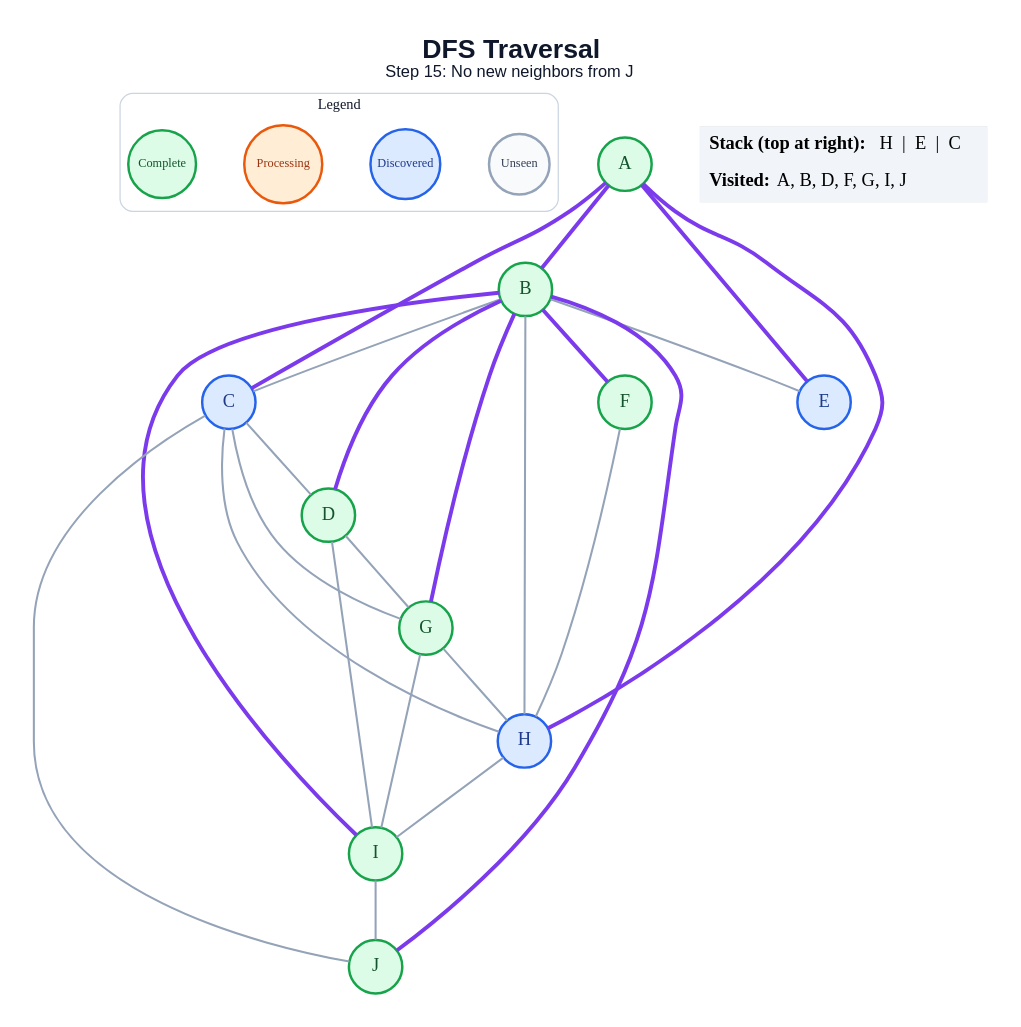
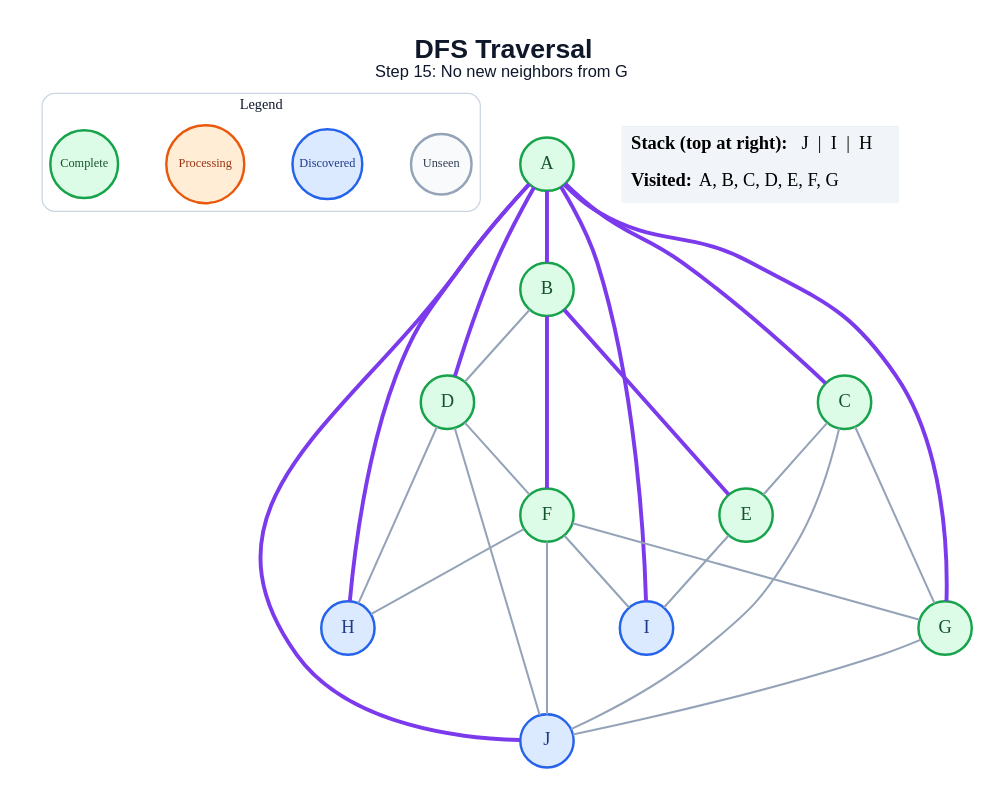
The diagram in generated/dfs/step_15.dot (amanghodawala9/ai-slop), drawn with Graphviz before and after one commit. The commit also changed 178 other files, not shown here.

```diff
--- a/generated/dfs/step_15.dot
+++ b/generated/dfs/step_15.dot
@@ -1,52 +1,51 @@
 graph traversal {
   graph [layout=dot, rankdir=TB, bgcolor="#FFFFFF", pad="0.35", nodesep="0.65", ranksep="0.8", fontname="Arial"];
   node [shape=circle, style="filled", fontname="Arial Bold", fontsize=18, width=0.72, fixedsize=true, penwidth=2.4];
   edge [color="#94A3B8", penwidth=2.0];
-  label=<<B>DFS Traversal</B><BR/><FONT POINT-SIZE="16">Step 15: No new neighbors from J</FONT>>; labelloc="t"; fontsize=26; fontname="Arial"; fontcolor="#0F172A";
+  label=<<B>DFS Traversal</B><BR/><FONT POINT-SIZE="16">Step 15: No new neighbors from G</FONT>>; labelloc="t"; fontsize=26; fontname="Arial"; fontcolor="#0F172A";
   subgraph cluster_legend { label="Legend"; color="#CBD5E1"; penwidth=1.2; style="rounded"; fontsize=14; fontname="Arial Bold";
     key_unseen [label="Unseen", fillcolor="#F8FAFC", color="#94A3B8", fontcolor="#334155", fontsize=12, width=0.82];
     key_frontier [label="Discovered", fillcolor="#DBEAFE", color="#2563EB", fontcolor="#1E3A8A", fontsize=12, width=0.95];
     key_current [label="Processing", fillcolor="#FFEDD5", color="#EA580C", fontcolor="#9A3412", fontsize=12, width=1.05];
     key_done [label="Complete", fillcolor="#DCFCE7", color="#16A34A", fontcolor="#14532D", fontsize=12, width=0.92];
     { rank=same; key_unseen; key_frontier; key_current; key_done; }
   }
   A [fillcolor="#DCFCE7", color="#16A34A", fontcolor="#14532D"];
   B [fillcolor="#DCFCE7", color="#16A34A", fontcolor="#14532D"];
-  C [fillcolor="#DBEAFE", color="#2563EB", fontcolor="#1E3A8A"];
+  C [fillcolor="#DCFCE7", color="#16A34A", fontcolor="#14532D"];
   D [fillcolor="#DCFCE7", color="#16A34A", fontcolor="#14532D"];
-  E [fillcolor="#DBEAFE", color="#2563EB", fontcolor="#1E3A8A"];
+  E [fillcolor="#DCFCE7", color="#16A34A", fontcolor="#14532D"];
   F [fillcolor="#DCFCE7", color="#16A34A", fontcolor="#14532D"];
   G [fillcolor="#DCFCE7", color="#16A34A", fontcolor="#14532D"];
   H [fillcolor="#DBEAFE", color="#2563EB", fontcolor="#1E3A8A"];
-  I [fillcolor="#DCFCE7", color="#16A34A", fontcolor="#14532D"];
-  J [fillcolor="#DCFCE7", color="#16A34A", fontcolor="#14532D"];
+  I [fillcolor="#DBEAFE", color="#2563EB", fontcolor="#1E3A8A"];
+  J [fillcolor="#DBEAFE", color="#2563EB", fontcolor="#1E3A8A"];
   A -- B [color="#7C3AED", penwidth=3.8];
   A -- C [color="#7C3AED", penwidth=3.8];
-  A -- E [color="#7C3AED", penwidth=3.8];
+  A -- D [color="#7C3AED", penwidth=3.8];
+  A -- G [color="#7C3AED", penwidth=3.8];
   A -- H [color="#7C3AED", penwidth=3.8];
-  B -- C;
-  B -- D [color="#7C3AED", penwidth=3.8];
-  B -- E;
+  A -- I [color="#7C3AED", penwidth=3.8];
+  A -- J [color="#7C3AED", penwidth=3.8];
+  B -- D;
+  B -- E [color="#7C3AED", penwidth=3.8];
   B -- F [color="#7C3AED", penwidth=3.8];
-  B -- G [color="#7C3AED", penwidth=3.8];
-  B -- H;
-  B -- I [color="#7C3AED", penwidth=3.8];
-  B -- J [color="#7C3AED", penwidth=3.8];
-  C -- D;
+  C -- E;
   C -- G;
-  C -- H;
   C -- J;
-  D -- G;
-  D -- I;
+  D -- F;
+  D -- H;
+  D -- J;
+  E -- I;
+  F -- G;
   F -- H;
-  G -- H;
-  G -- I;
-  H -- I;
-  I -- J;
+  F -- I;
+  F -- J;
+  G -- J;
   status [shape=plain, fixedsize=false, width=0, height=0, margin=0, label=<
     <TABLE BORDER="0" CELLBORDER="0" CELLPADDING="7" BGCOLOR="#F1F5F9">
-      <TR><TD ALIGN="LEFT"><B>Stack (top at right):</B> H  |  E  |  C</TD></TR>
-      <TR><TD ALIGN="LEFT"><B>Visited:</B> A, B, D, F, G, I, J</TD></TR>
+      <TR><TD ALIGN="LEFT"><B>Stack (top at right):</B> J  |  I  |  H</TD></TR>
+      <TR><TD ALIGN="LEFT"><B>Visited:</B> A, B, C, D, E, F, G</TD></TR>
     </TABLE>
   >];
 }
```
